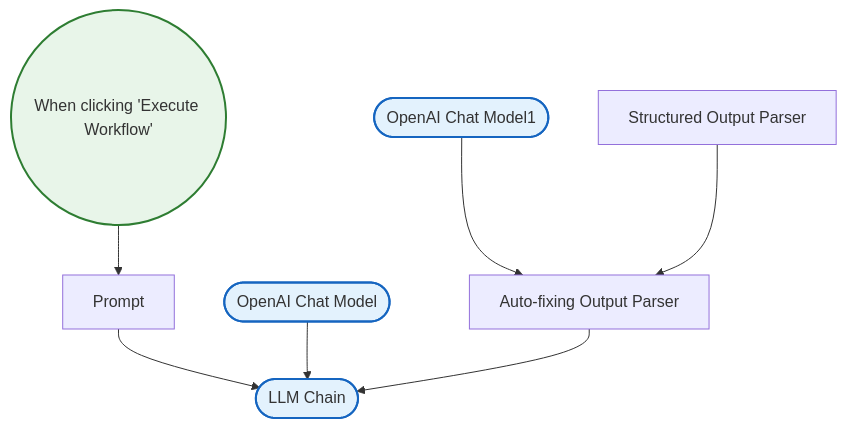
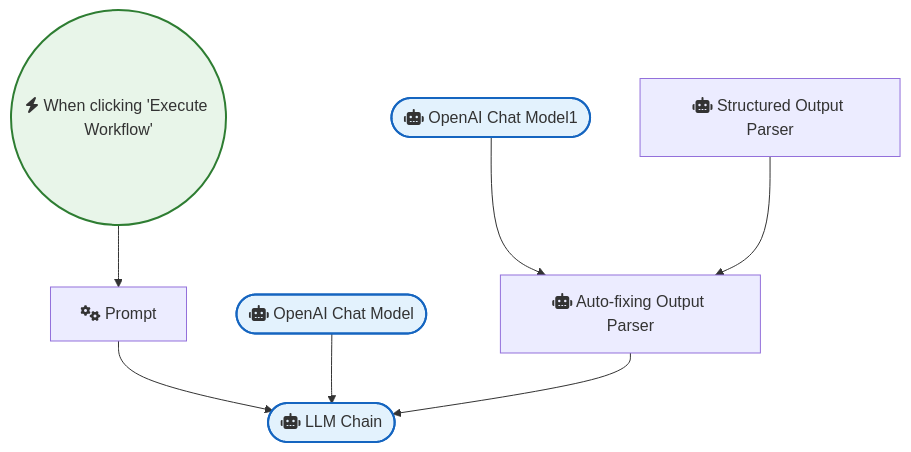
Before and after one commit to sreyash3105/N8N-DEMO-AUTOMATIONS: the diagram in OpenAI_and_LLMs/Ai Langchain Output Parser 4.md, drawn with Mermaid. The commit also changed 291 other files, not shown here.

````diff
--- a/OpenAI_and_LLMs/Ai Langchain Output Parser 4.md
+++ b/OpenAI_and_LLMs/Ai Langchain Output Parser 4.md
@@ -1,21 +1,21 @@
 ```mermaid
 graph TD
     classDef trigger fill:#e8f5e9,stroke:#2e7d32,stroke-width:2px;
     classDef ai fill:#e3f2fd,stroke:#1565c0,stroke-width:2px;
     classDef logic fill:#fff3e0,stroke:#ef6c00,stroke-width:2px;
 
-    When_clicking__Execute_Workflow_(("When clicking 'Execute Workflow'")):::trigger
-    Prompt["Prompt"]
-    LLM_Chain(["LLM Chain"]):::ai
-    Structured_Output_Parser["Structured Output Parser"]
-    Auto_fixing_Output_Parser["Auto-fixing Output Parser"]
-    OpenAI_Chat_Model(["OpenAI Chat Model"]):::ai
-    OpenAI_Chat_Model1(["OpenAI Chat Model1"]):::ai
+    When_clicking__Execute_Workflow_(("fas:fa-bolt When clicking 'Execute Workflow'")):::trigger
+    Prompt["fas:fa-cogs Prompt"]
+    LLM_Chain(["fas:fa-robot LLM Chain"]):::ai
+    Structured_Output_Parser["fas:fa-robot Structured Output Parser"]
+    Auto_fixing_Output_Parser["fas:fa-robot Auto-fixing Output Parser"]
+    OpenAI_Chat_Model(["fas:fa-robot OpenAI Chat Model"]):::ai
+    OpenAI_Chat_Model1(["fas:fa-robot OpenAI Chat Model1"]):::ai
 
     Prompt --> LLM_Chain
     OpenAI_Chat_Model --> LLM_Chain
     OpenAI_Chat_Model1 --> Auto_fixing_Output_Parser
     Structured_Output_Parser --> Auto_fixing_Output_Parser
     Auto_fixing_Output_Parser --> LLM_Chain
     When_clicking__Execute_Workflow_ --> Prompt
 ```
````
